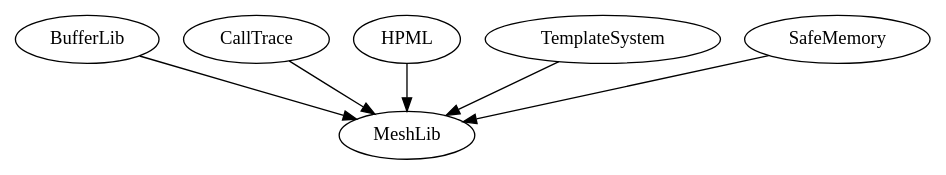
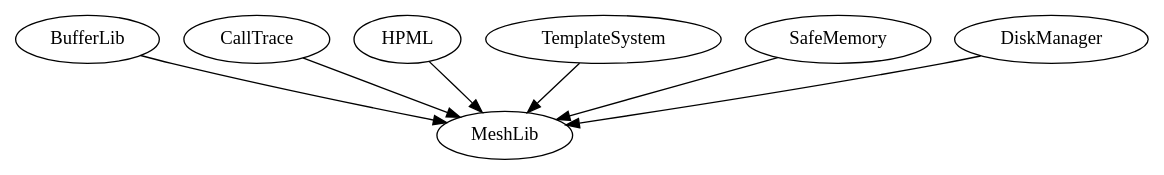
One commit to ravi688/MeshLib changed the diagram in MeshLib.gv. Above: the diagram before and after it, drawn with Graphviz. The commit also changed 5 other files, not shown here.

Commit message:
Add DiskManager submodule

```diff
--- a/MeshLib.gv
+++ b/MeshLib.gv
@@ -1,30 +1,35 @@
 #pragma once
 
 digraph MeshLib {
 	
 	#define digraph subgraph
 	#include <BufferLib.gv>
 	#undef digraph
 
 	#define digraph subgraph
 	#include <CallTrace.gv>
 	#undef digraph
 	
 	#define digraph subgraph
 	#include <HPML.gv>
 	#undef digraph
 
 	#define digraph subgraph
 	#include <TemplateSystem.gv>
 	#undef digraph
 
 	#define digraph subgraph
 	#include <SafeMemory.gv>
 	#undef digraph
 
+	#define digraph subgraph
+	#include <DiskManager.gv>
+	#undef digrpah
+
 	BufferLib -> MeshLib;
 	CallTrace -> MeshLib;
 	HPML -> MeshLib;
 	TemplateSystem -> MeshLib;
 	SafeMemory -> MeshLib;
+	DiskManager -> MeshLib;
 }
```
